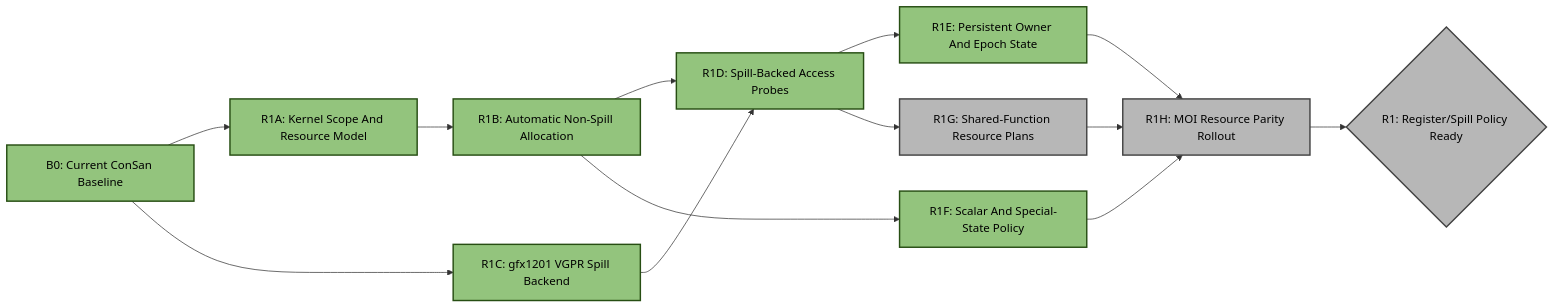
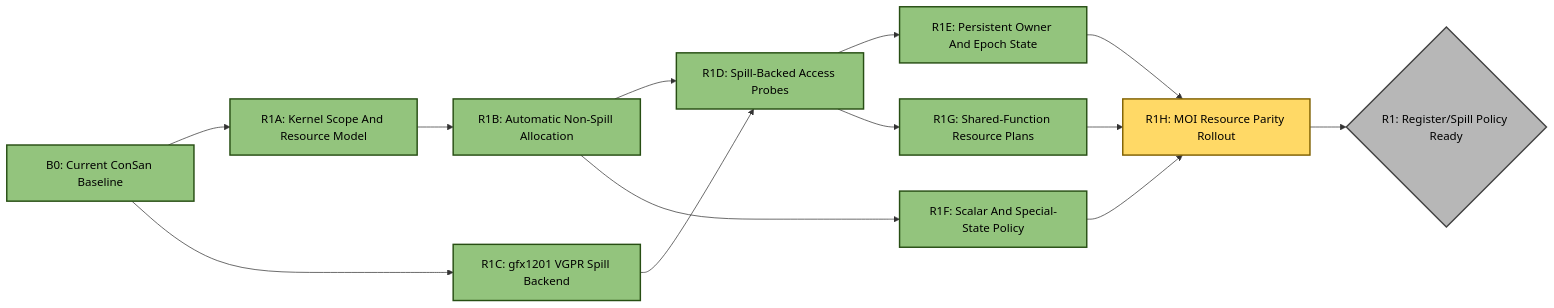
One commit to ROCm/rocm-systems changed the first of 4 diagrams in emulation/rocjitsu/docs/consan/PLAN.md. Above: the diagram before and after it, drawn with Mermaid. The commit also changed other lines of this file and 4 other files, not shown here.

Commit message:
Plan MOI resources across shared functions

````diff
--- a/emulation/rocjitsu/docs/consan/PLAN.md
+++ b/emulation/rocjitsu/docs/consan/PLAN.md
@@ -85,30 +85,30 @@
 ```mermaid
 flowchart LR
   B0["B0: Current ConSan Baseline"]:::done
   R1A["R1A: Kernel Scope And Resource Model"]:::done
   R1B["R1B: Automatic Non-Spill Allocation"]:::done
   R1C["R1C: gfx1201 VGPR Spill Backend"]:::done
   R1D["R1D: Spill-Backed Access Probes"]:::done
   R1E["R1E: Persistent Owner And Epoch State"]:::done
   R1F["R1F: Scalar And Special-State Policy"]:::done
-  R1G["R1G: Shared-Function Resource Plans"]:::todo
-  R1H["R1H: MOI Resource Parity Rollout"]:::todo
+  R1G["R1G: Shared-Function Resource Plans"]:::done
+  R1H["R1H: MOI Resource Parity Rollout"]:::active
   R1{"R1: Register/Spill Policy Ready"}:::todo
 
   B0 --> R1A
   B0 --> R1C
   R1A --> R1B
   R1B --> R1D
   R1C --> R1D
   R1B --> R1F
   R1D --> R1E
   R1D --> R1G
   R1E --> R1H
   R1F --> R1H
   R1G --> R1H
   R1H --> R1
 
   classDef done fill:#93c47d,stroke:#274e13,stroke-width:2px,color:#000;
   classDef active fill:#ffd966,stroke:#7f6000,stroke-width:2px,color:#000;
   classDef todo fill:#b7b7b7,stroke:#434343,stroke-width:2px,color:#000;
 ```
````
